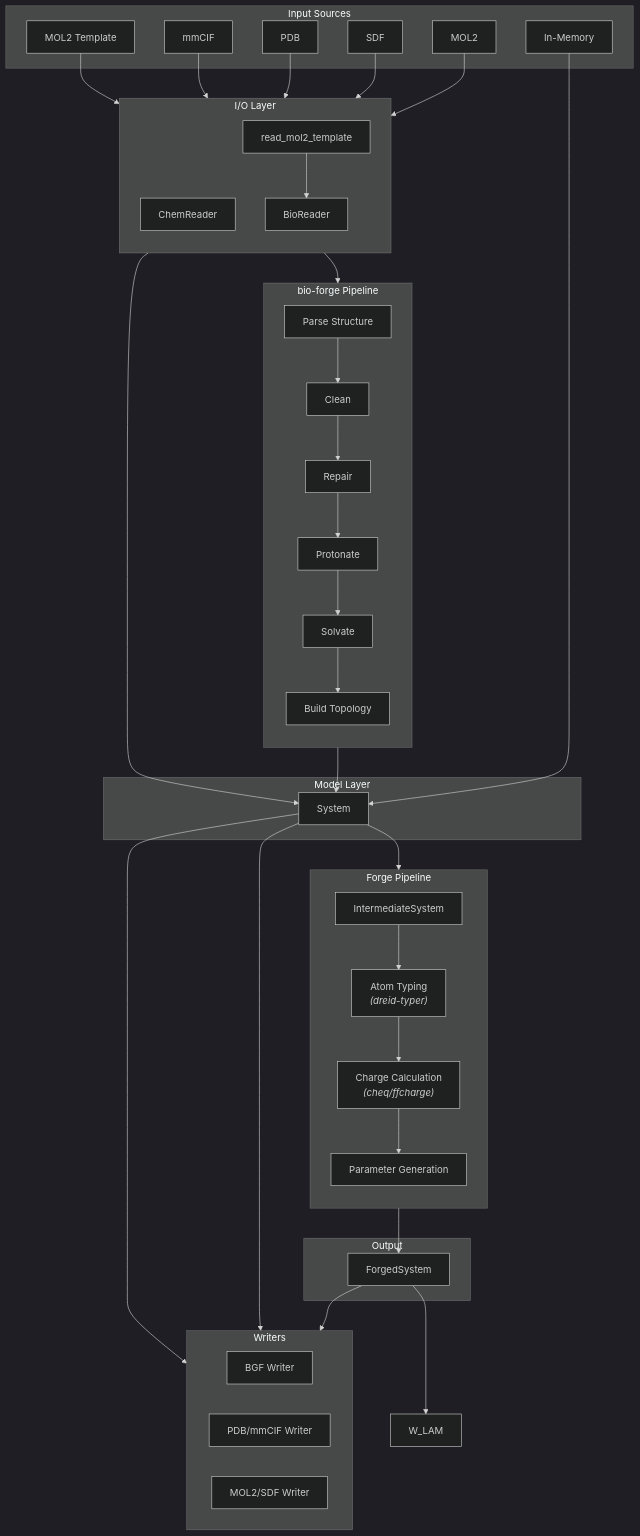
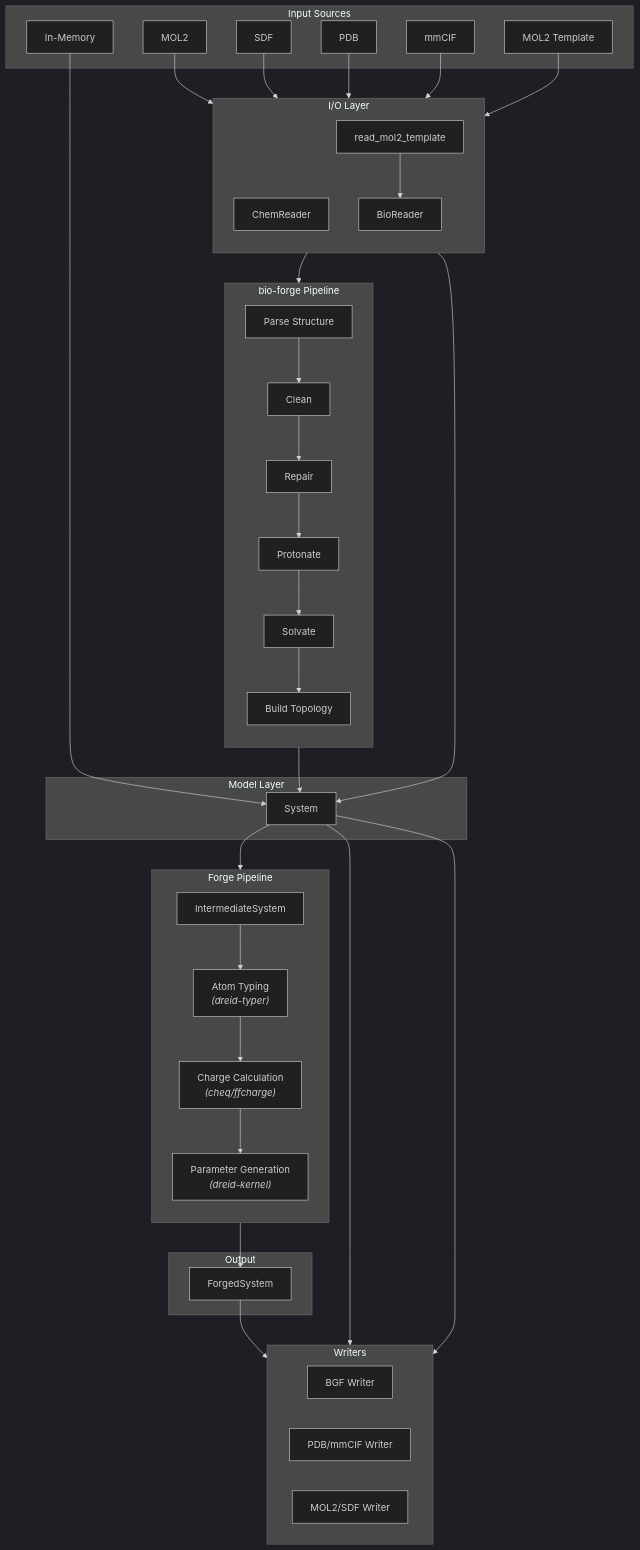
Before and after one commit to caltechmsc/dreid-forge: the first of 18 diagrams in ARCHITECTURE.md, drawn with Mermaid (dark theme). The commit also changed other lines of this file, not shown here.

Commit message:
docs(architecture): Updates architecture docs to integrate dreid-kernel and rename terms

````diff
--- a/ARCHITECTURE.md
+++ b/ARCHITECTURE.md
@@ -9,79 +9,78 @@
 ```mermaid
 flowchart TD
     subgraph "Input Sources"
         MOL2["MOL2"]
         SDF["SDF"]
         PDB["PDB"]
         mmCIF["mmCIF"]
         TPL["MOL2 Template"]
         MEM["In-Memory"]
     end
 
     subgraph "I/O Layer"
         direction TB
         CR["ChemReader"]
         BR["BioReader"]
         RT["read_mol2_template"]
     end
 
     subgraph "bio-forge Pipeline"
         direction TB
         BF_PARSE["Parse Structure"]
         BF_CLEAN["Clean"]
         BF_REPAIR["Repair"]
         BF_HYDRO["Protonate"]
         BF_SOLV["Solvate"]
         BF_TOPO["Build Topology"]
     end
 
     subgraph "Model Layer"
         SYS["System"]
     end
 
     subgraph "Forge Pipeline"
         direction TB
         INT["IntermediateSystem"]
         TYPER["Atom Typing<br><i>(dreid-typer)</i>"]
         CHARGE["Charge Calculation<br><i>(cheq/ffcharge)</i>"]
-        PGEN["Parameter Generation"]
+        PGEN["Parameter Generation<br><i>(dreid-kernel)</i>"]
     end
 
     subgraph "Output"
         FS["ForgedSystem"]
     end
 
     subgraph "Writers"
         direction LR
         W_BGF["BGF Writer"]
         W_PDB["PDB/mmCIF Writer"]
         W_CHEM["MOL2/SDF Writer"]
     end
 
     MOL2 --> CR
     SDF --> CR
     PDB --> BR
     mmCIF --> BR
     TPL --> RT
     RT --> BR
     MEM --> SYS
 
     CR --> SYS
     BR --> BF_PARSE
     BF_PARSE --> BF_CLEAN
     BF_CLEAN --> BF_REPAIR
     BF_REPAIR --> BF_HYDRO
     BF_HYDRO --> BF_SOLV
     BF_SOLV --> BF_TOPO
     BF_TOPO --> SYS
 
     SYS --> INT
     INT --> TYPER
     TYPER --> CHARGE
     CHARGE --> PGEN
     PGEN --> FS
 
     FS --> W_BGF
-    FS --> W_LAM
     SYS --> W_PDB
     SYS --> W_CHEM
 ```
````
